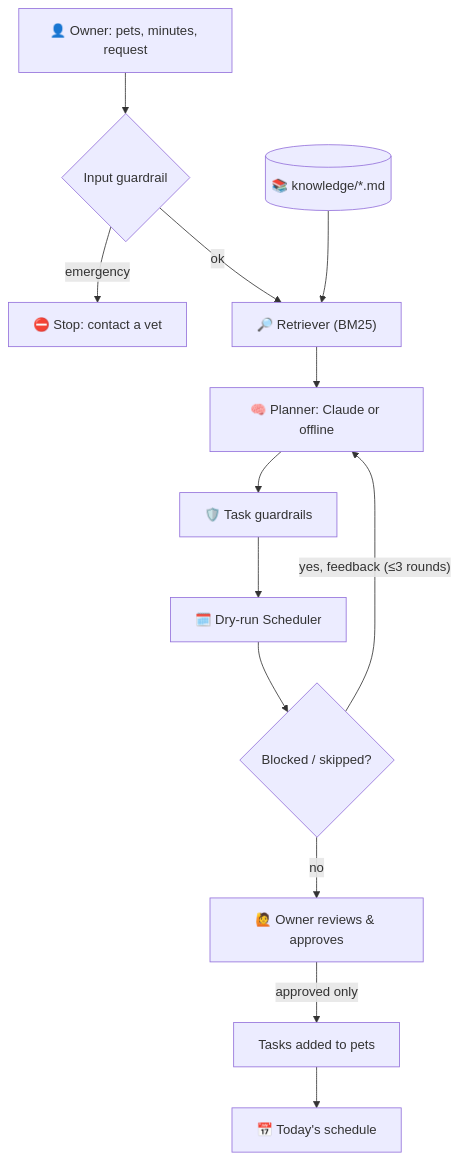
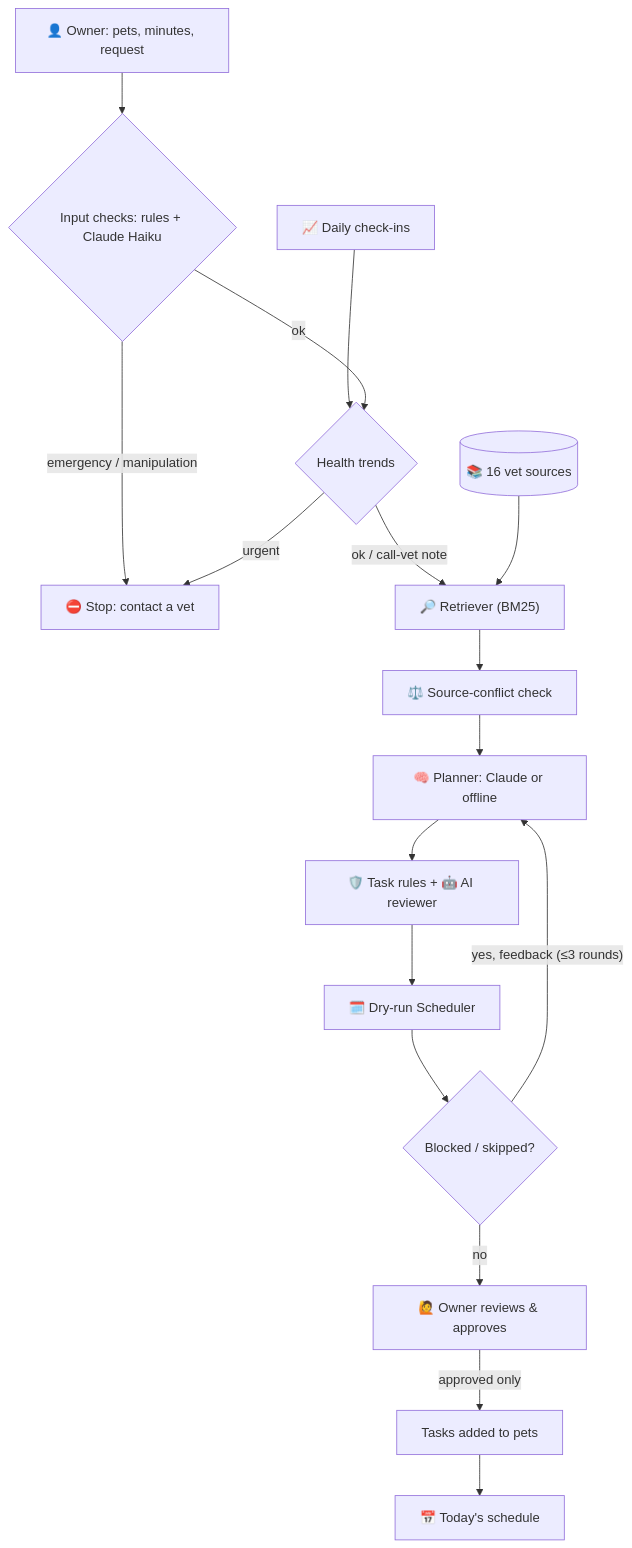
One commit to OluwatobaOyagbemi/applied-ai-system-final changed the diagram in README.md. Above: the diagram before and after it, drawn with Mermaid. The commit also changed other lines of this file and 7 other files, not shown here.

First line of the commit message:
docs: refresh architecture diagram and reproducible evidence

````diff
--- a/README.md
+++ b/README.md
@@ -76,14 +76,18 @@
 ```mermaid
 flowchart TD
-    U["👤 Owner: pets, minutes, request"] --> IG{"Input guardrail"}
-    IG -- emergency --> STOP["⛔ Stop: contact a vet"]
-    IG -- ok --> R["🔎 Retriever (BM25)"]
-    KB[("📚 knowledge/*.md")] --> R
-    R --> P["🧠 Planner: Claude or offline"]
-    P --> G["🛡️ Task guardrails"]
+    U["👤 Owner: pets, minutes, request"] --> IG{"Input checks: rules + Claude Haiku"}
+    CI["📈 Daily check-ins"] --> HT{"Health trends"}
+    IG -- emergency / manipulation --> STOP["⛔ Stop: contact a vet"]
+    IG -- ok --> HT
+    HT -- urgent --> STOP
+    HT -- ok / call-vet note --> R["🔎 Retriever (BM25)"]
+    KB[("📚 16 vet sources")] --> R
+    R --> SC["⚖️ Source-conflict check"]
+    SC --> P["🧠 Planner: Claude or offline"]
+    P --> G["🛡️ Task rules + 🤖 AI reviewer"]
     G --> S["🗓️ Dry-run Scheduler"]
     S --> C{"Blocked / skipped?"}
     C -- "yes, feedback (≤3 rounds)" --> P
     C -- no --> H["🙋 Owner reviews & approves"]
     H -- approved only --> APPLY["Tasks added to pets"] --> SCHED["📅 Today's schedule"]
 ```
````
